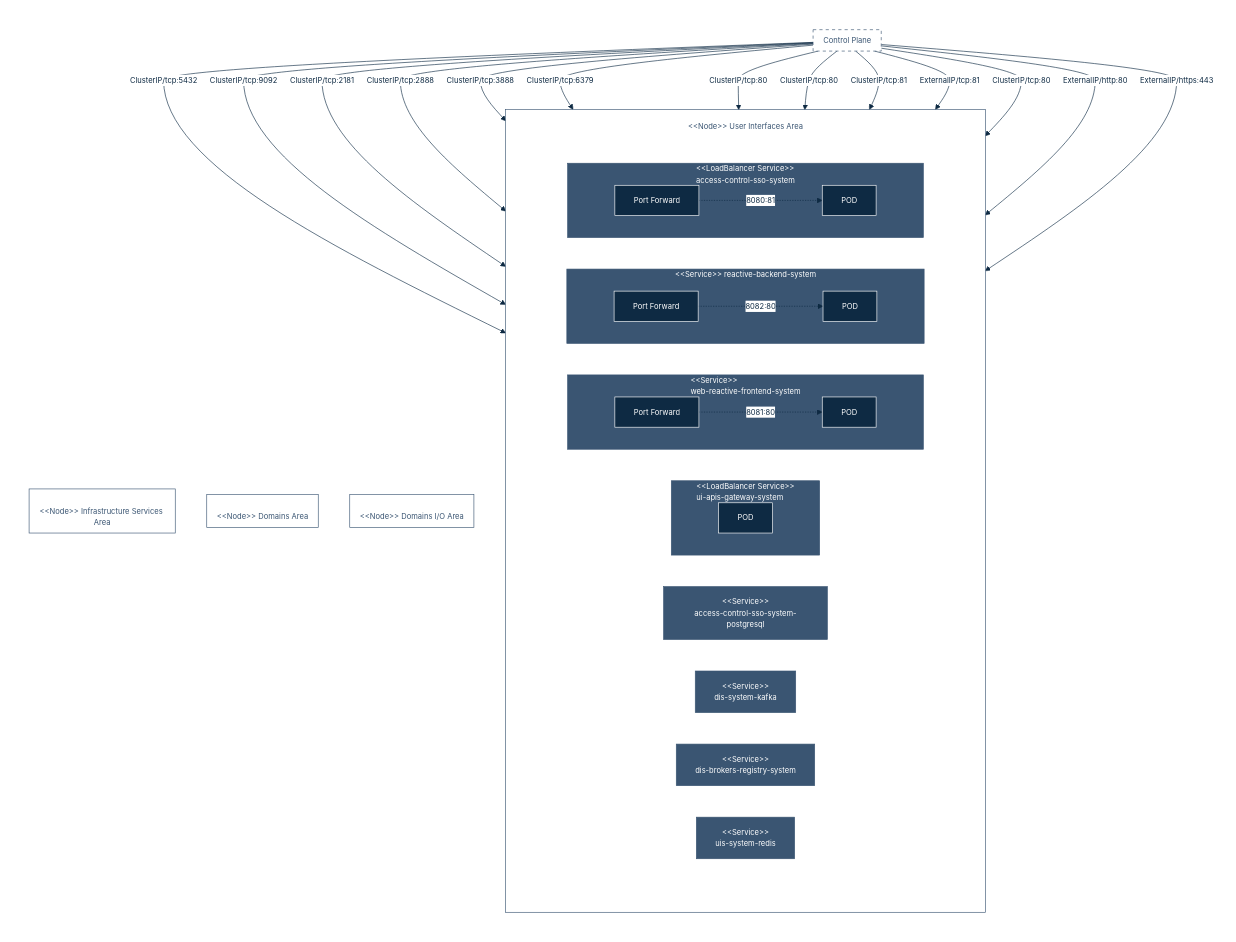
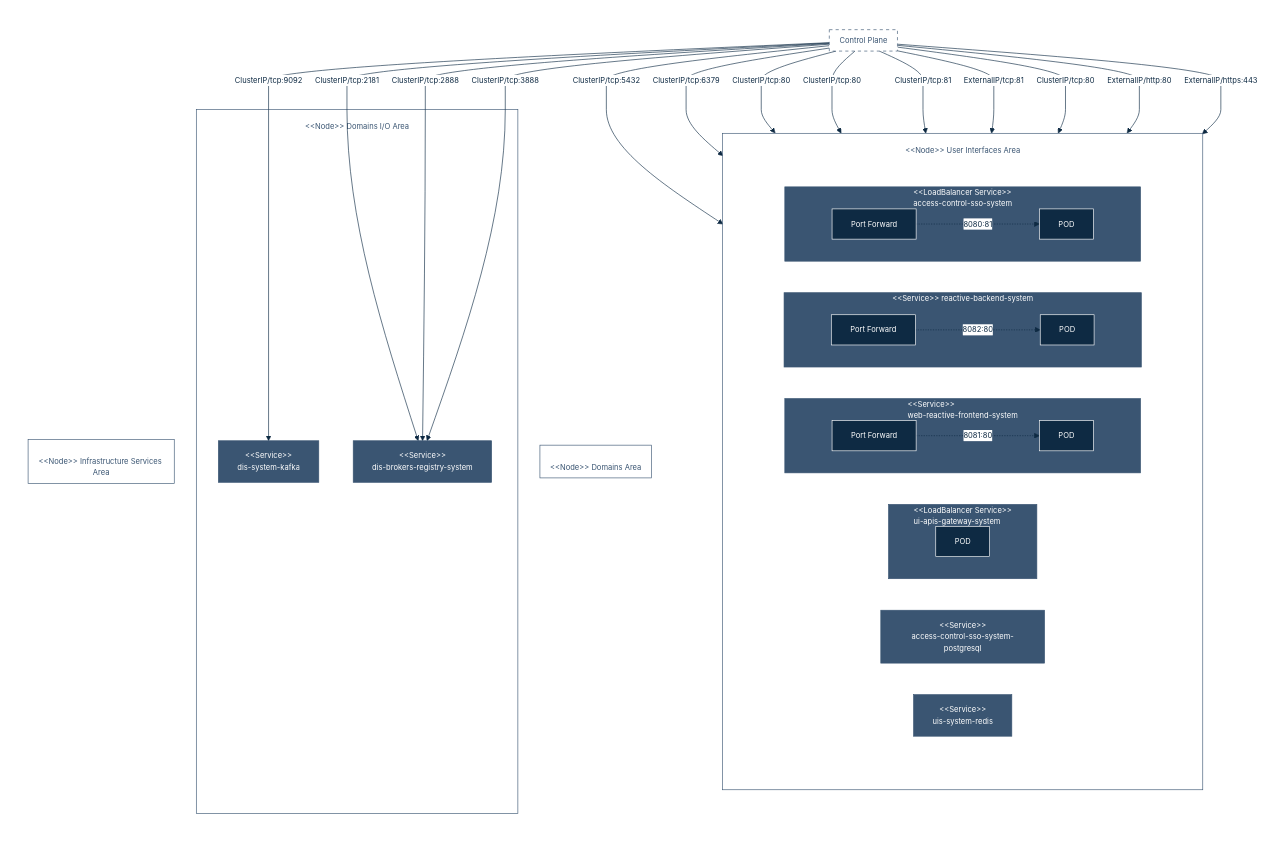
One commit to cybnity/foundation changed the diagram in implementations-line/systems/README.md. Above: the diagram before and after it, drawn with Mermaid. The commit also changed other lines of this file and 15 other files, not shown here.

```diff
--- a/implementations-line/systems/README.md
+++ b/implementations-line/systems/README.md
@@ -120,12 +120,12 @@
             portforward3["Port Forward"] -. "8080:81" .-> pod3["POD"]
          end
          service4["#60;#60;Service#62;#62;<br>access-control-sso-system-postgresql"]
-         service5["#60;#60;Service#62;#62;<br>dis-system-kafka"]
-         service6["#60;#60;Service#62;#62;<br>dis-brokers-registry-system"]
          service7["#60;#60;Service#62;#62;<br>uis-system-redis"]
        end
      end
      subgraph di["<br>#60;#60;Node#62;#62; Domains I/O Area<br>"]
+         service5["#60;#60;Service#62;#62;<br>dis-system-kafka"]
+         service6["#60;#60;Service#62;#62;<br>dis-brokers-registry-system"]
      end
      subgraph da["<br>#60;#60;Node#62;#62; Domains Area<br>"]
      end
```
